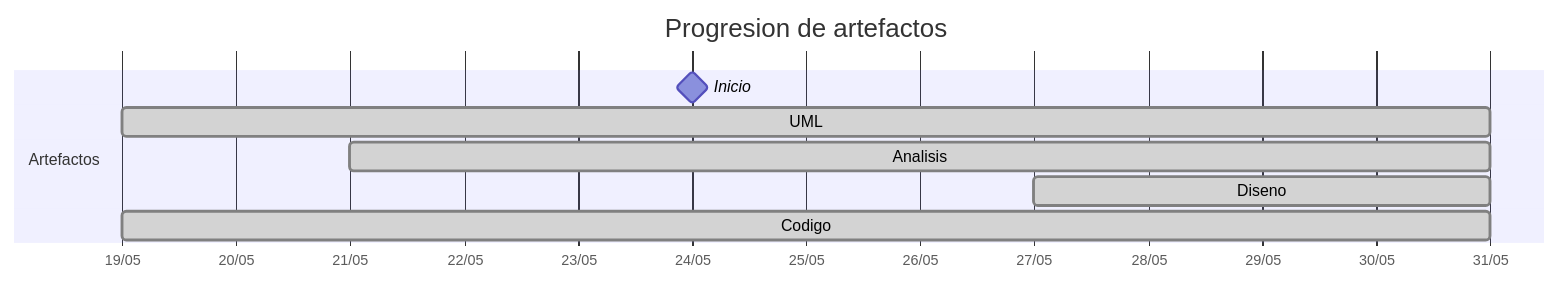
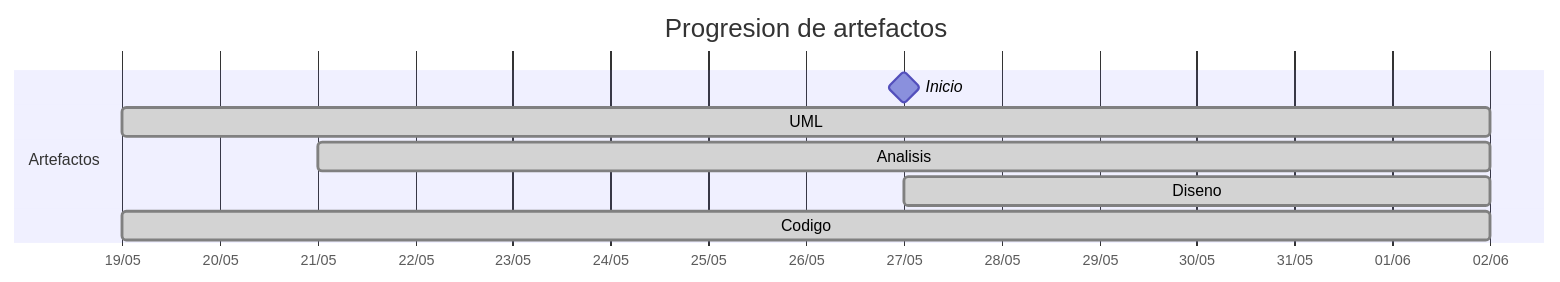
The diagram in TIMELINES/martinlopez7.md (carlos-alvarado-25/25-26-idsw2-sdVC), drawn with Mermaid before and after one commit. The commit also changed other lines of this file and 11 other files, not shown here.

````diff
--- a/TIMELINES/martinlopez7.md
+++ b/TIMELINES/martinlopez7.md
@@ -22,12 +22,12 @@
 ```mermaid
 gantt
     title Progresion de artefactos
     dateFormat YYYY-MM-DD
     axisFormat %d/%m
     section Artefactos
-        Inicio       :milestone, 2026-05-24, 0d
-        UML          :done, 2026-05-19, 2026-05-31
-        Analisis     :done, 2026-05-21, 2026-05-31
-        Diseno       :done, 2026-05-27, 2026-05-31
-        Codigo       :done, 2026-05-19, 2026-05-31
+        Inicio       :milestone, 2026-05-27, 0d
+        UML          :done, 2026-05-19, 2026-06-02
+        Analisis     :done, 2026-05-21, 2026-06-02
+        Diseno       :done, 2026-05-27, 2026-06-02
+        Codigo       :done, 2026-05-19, 2026-06-02
 ```
````
